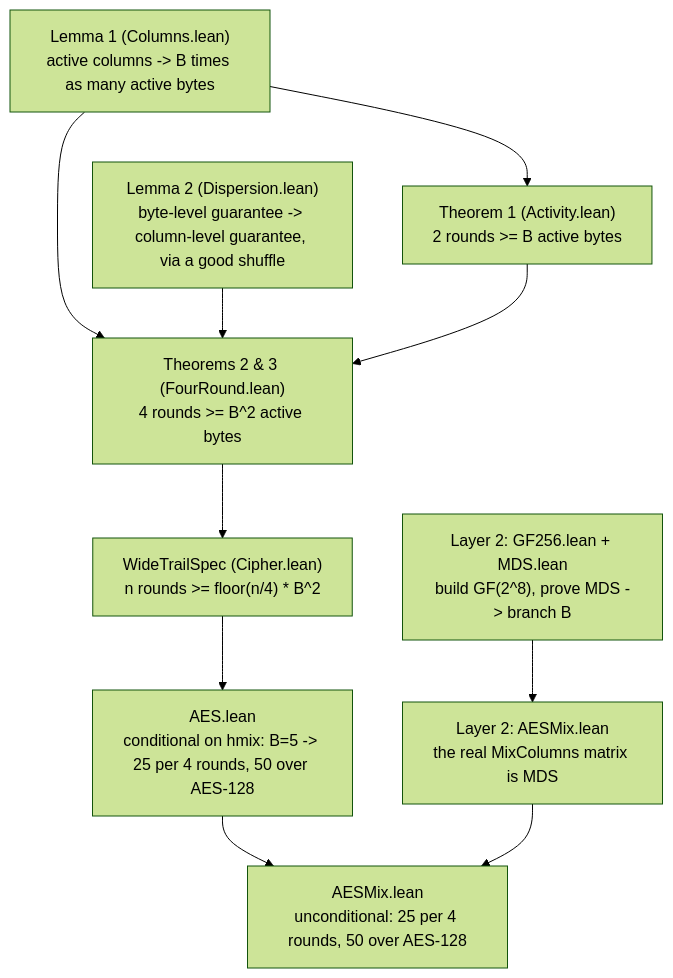
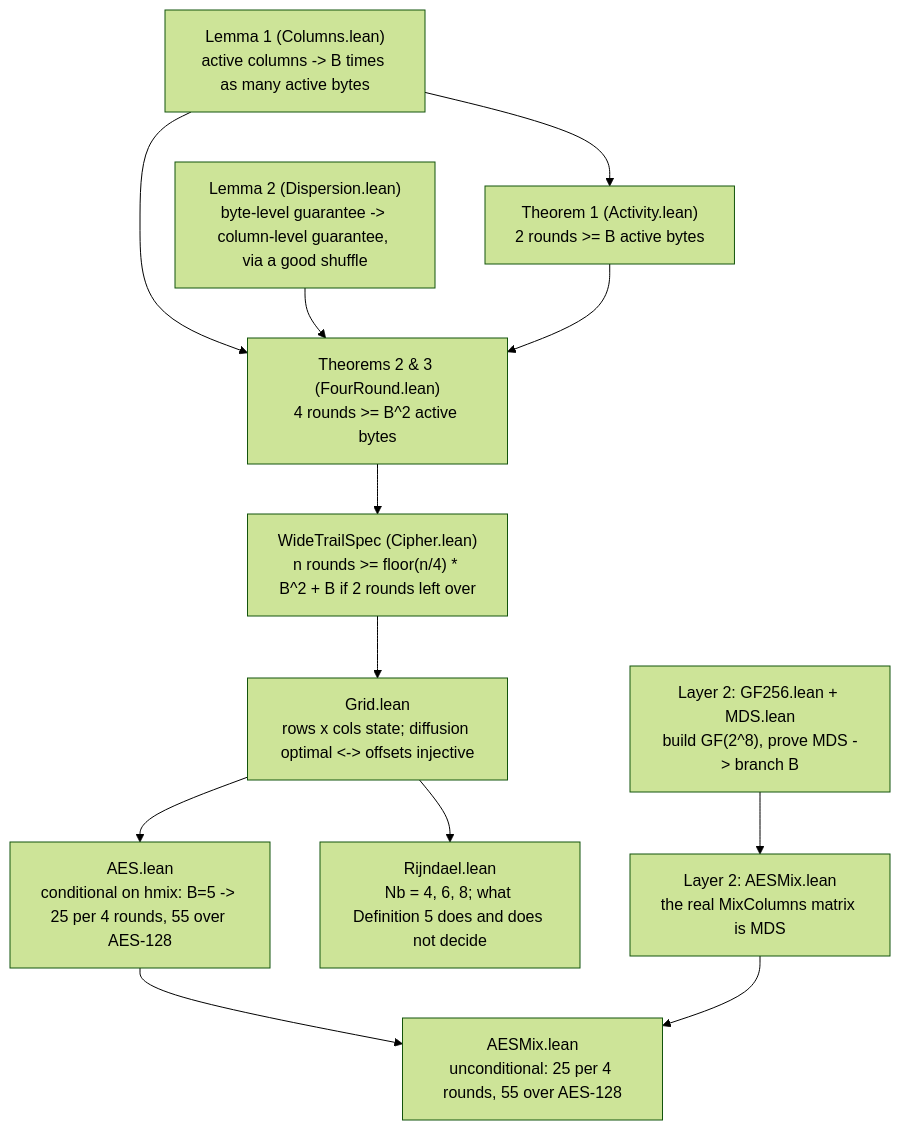
The second of 2 diagrams in README.md (4waan/Wide-Trail-formal-verification), drawn with Mermaid (forest theme) before and after one commit. The commit also changed other lines of this file and 12 other files, not shown here.

First line of the commit message:
feat(cipher): cipher now has split sum, blocks and tail closed by omega and a general bound rounds

````diff
--- a/README.md
+++ b/README.md
@@ -111,22 +121,26 @@
 ```mermaid
 flowchart TD
     L1["Lemma 1 (Columns.lean)\nactive columns -> B times as many active bytes"]
     L2["Lemma 2 (Dispersion.lean)\nbyte-level guarantee -> column-level guarantee, via a good shuffle"]
     T1["Theorem 1 (Activity.lean)\n2 rounds >= B active bytes"]
     T4["Theorems 2 & 3 (FourRound.lean)\n4 rounds >= B^2 active bytes"]
-    SPEC["WideTrailSpec (Cipher.lean)\nn rounds >= floor(n/4) * B^2"]
-    AES["AES.lean\nconditional on hmix: B=5 -> 25 per 4 rounds, 50 over AES-128"]
+    SPEC["WideTrailSpec (Cipher.lean)\nn rounds >= floor(n/4) * B^2 + B if 2 rounds left over"]
+    GRID["Grid.lean\nrows x cols state; diffusion optimal <-> offsets injective"]
+    AES["AES.lean\nconditional on hmix: B=5 -> 25 per 4 rounds, 55 over AES-128"]
+    RIJ["Rijndael.lean\nNb = 4, 6, 8; what Definition 5 does and does not decide"]
     GFMDS["Layer 2: GF256.lean + MDS.lean\nbuild GF(2^8), prove MDS -> branch B"]
     AESMIX["Layer 2: AESMix.lean\nthe real MixColumns matrix is MDS"]
-    CONCRETE["AESMix.lean\nunconditional: 25 per 4 rounds, 50 over AES-128"]
+    CONCRETE["AESMix.lean\nunconditional: 25 per 4 rounds, 55 over AES-128"]
 
     L1 --> T1
     L1 --> T4
     L2 --> T4
     T1 --> T4
     T4 --> SPEC
-    SPEC --> AES
+    SPEC --> GRID
+    GRID --> AES
+    GRID --> RIJ
     GFMDS --> AESMIX
     AES --> CONCRETE
     AESMIX --> CONCRETE
 ```
````
